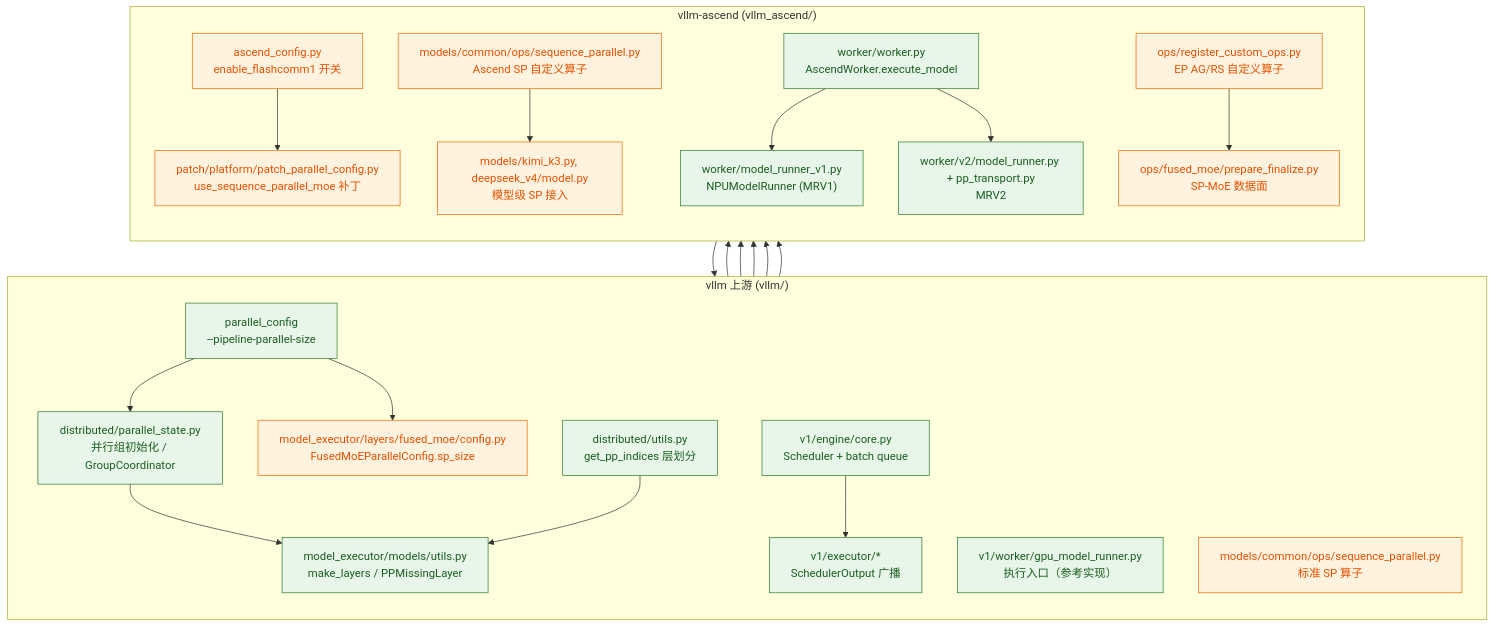
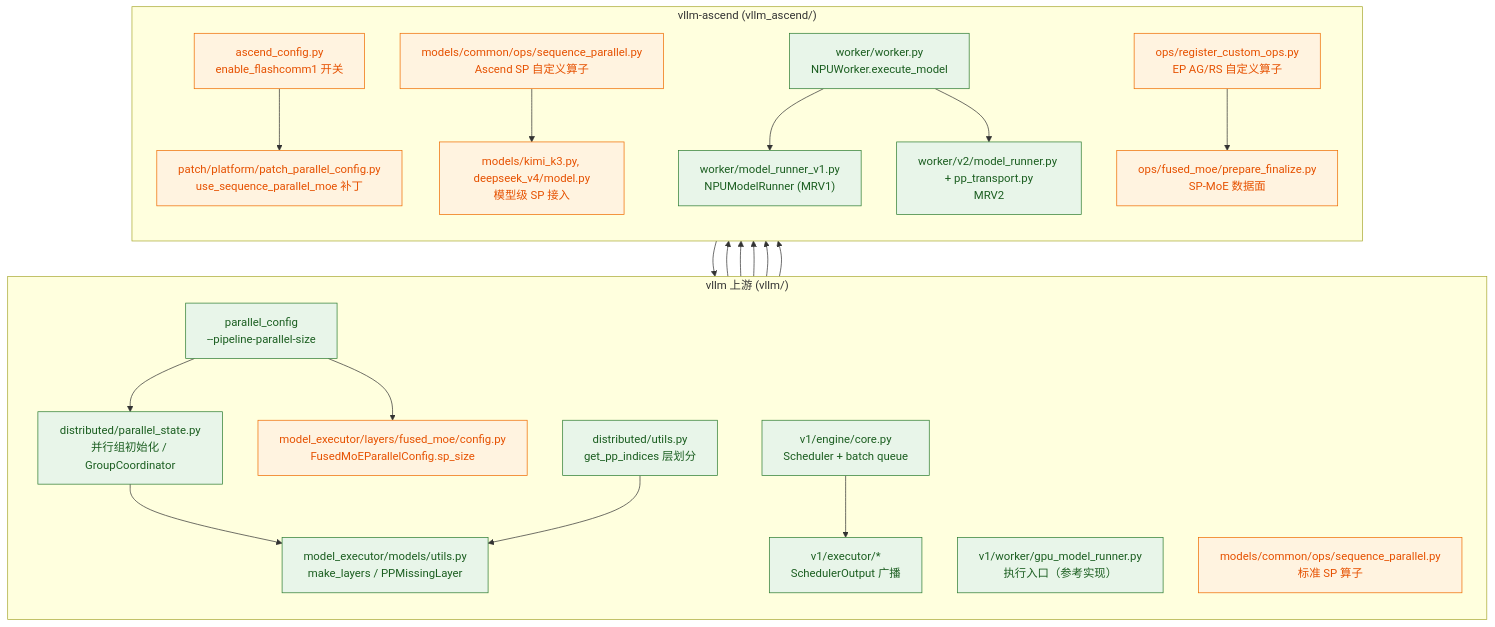
Before and after one commit to Drosrin/Transfer: the first of 4 diagrams in pp-sp-docs/PP_SP_代码走读.md, drawn with Mermaid. The commit also changed other lines of this file and 1 other file, not shown here.

Commit message:
代码走读：新增整体架构与模块划分（分层架构图+核心类接口）；删除组合走读与测试索引

````diff
--- a/pp-sp-docs/PP_SP_代码走读.md
+++ b/pp-sp-docs/PP_SP_代码走读.md
@@ -40,45 +41,45 @@
 ```mermaid
 flowchart TB
     subgraph UP["vllm 上游 (vllm/)"]
         direction TB
         PC["parallel_config<br/>--pipeline-parallel-size"]
         PS["distributed/parallel_state.py<br/>并行组初始化 / GroupCoordinator"]
         PU["distributed/utils.py<br/>get_pp_indices 层划分"]
         MU["model_executor/models/utils.py<br/>make_layers / PPMissingLayer"]
         ENG["v1/engine/core.py<br/>Scheduler + batch queue"]
         EXE["v1/executor/*<br/>SchedulerOutput 广播"]
         GMR["v1/worker/gpu_model_runner.py<br/>执行入口（参考实现）"]
         SPOPS["models/common/ops/sequence_parallel.py<br/>标准 SP 算子"]
         MOECFG["model_executor/layers/fused_moe/config.py<br/>FusedMoEParallelConfig.sp_size"]
     end
     subgraph ASC["vllm-ascend (vllm_ascend/)"]
         direction TB
         AC["ascend_config.py<br/>enable_flashcomm1 开关"]
         PATCH["patch/platform/patch_parallel_config.py<br/>use_sequence_parallel_moe 补丁"]
-        WK["worker/worker.py<br/>AscendWorker.execute_model"]
+        WK["worker/worker.py<br/>NPUWorker.execute_model"]
         MR1["worker/model_runner_v1.py<br/>NPUModelRunner (MRV1)"]
         MR2["worker/v2/model_runner.py + pp_transport.py<br/>MRV2"]
         ASP["models/common/ops/sequence_parallel.py<br/>Ascend SP 自定义算子"]
         MODELS["models/kimi_k3.py, deepseek_v4/model.py<br/>模型级 SP 接入"]
         MOE["ops/fused_moe/prepare_finalize.py<br/>SP-MoE 数据面"]
         RCO["ops/register_custom_ops.py<br/>EP AG/RS 自定义算子"]
     end
     PC --> PS
     PC --> PATCH
     PC --> MOECFG
     PS --> MU
     PU --> MU
     MU --> MODELS
     ENG --> EXE --> WK
     AC --> PATCH
     PATCH --> MOECFG
     MOECFG --> MOE
     SPOPS --> ASP --> MODELS
     WK --> MR1
     WK --> MR2
     RCO --> MOE
     classDef pp fill:#e8f5e9,stroke:#2e7d32,color:#1b5e20
     classDef sp fill:#fff3e0,stroke:#ef6c00,color:#e65100
     class PC,PS,PU,MU,ENG,EXE,GMR,WK,MR1,MR2 pp
     class AC,PATCH,SPOPS,MOECFG,ASP,MODELS,MOE,RCO sp
 ```
````
